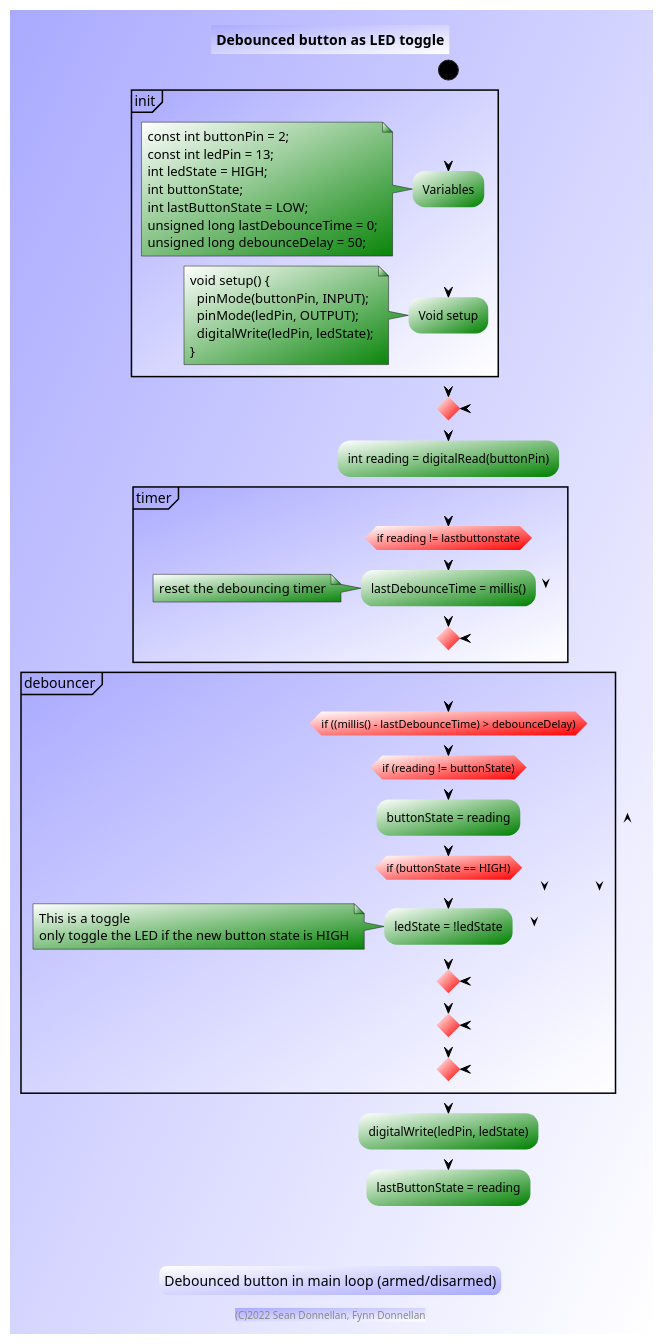
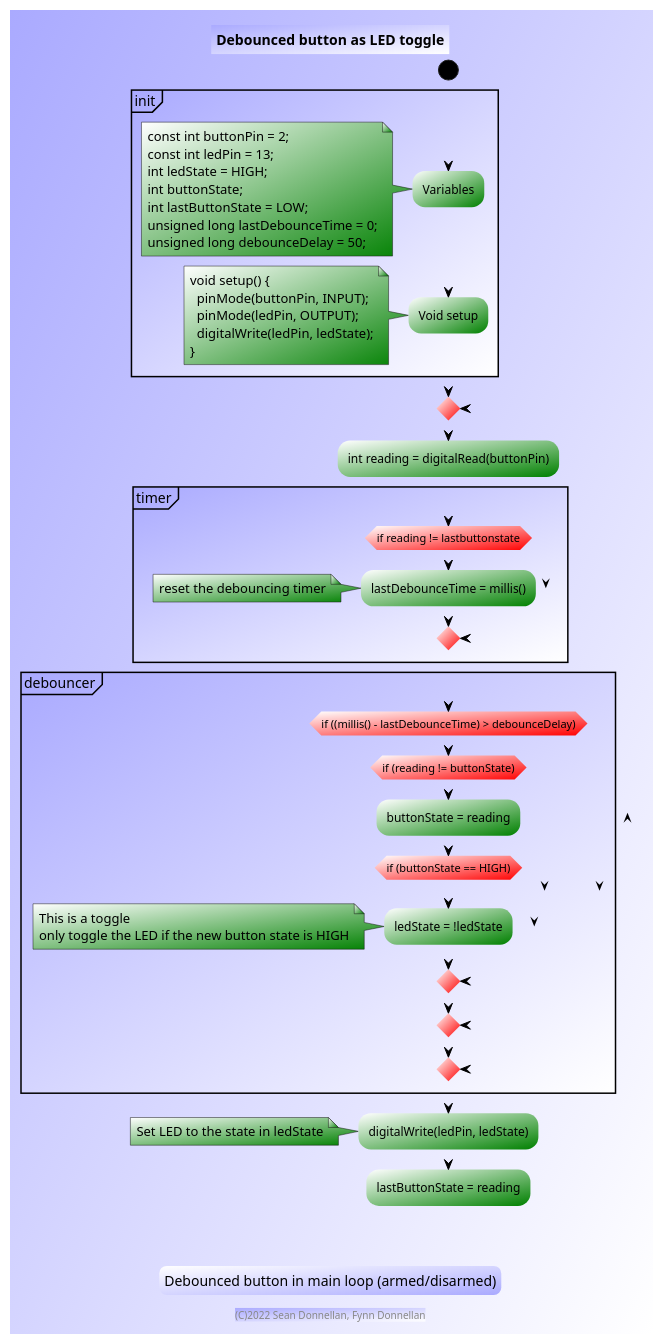
One commit to donnels/kerbal-control changed the diagram in images/debounce.plantuml. Above: the diagram before and after it, drawn with PlantUML.

Commit message:
added note

```diff
--- a/images/debounce.plantuml
+++ b/images/debounce.plantuml
@@ -1,78 +1,81 @@
 @startuml
 title Debounced button as LED toggle
 footer (C)2022 Sean Donnellan, Fynn Donnellan
 
 skinparam activity {
   StartColor black
   BarColor black/blue
   EndColor black
   BackgroundColor #fff/green
   DiamondBackgroundColor #fff/red
   BorderColor black
   BorderThickness 0
 }
 skinparam note {
   BackgroundColor #fff/green
 }
 skinparam ArrowColor black
 skinparam BackgroundColor #aaf/fff
 skinparam legendBackgroundColor #fff/aaf
 skinparam LegendBorderThickness 0
 skinparam PartitionBackgroundColor #aaf/fff
 
 start
   partition init {
     :Variables;
     note left
       const int buttonPin = 2;
       const int ledPin = 13;
       int ledState = HIGH;
       int buttonState;
       int lastButtonState = LOW;
       unsigned long lastDebounceTime = 0;
       unsigned long debounceDelay = 50;
     end note
     :Void setup;
     note left
       void setup() {
         pinMode(buttonPin, INPUT);
         pinMode(ledPin, OUTPUT);
         digitalWrite(ledPin, ledState);
       }
     end note
   }
 	repeat
 	  :int reading = digitalRead(buttonPin);
     partition timer {
       if (if reading != lastbuttonstate)
 	    :lastDebounceTime = millis();
       note left
         reset the debouncing timer
       end note
       endif
     }
     partition debouncer {
       if (if ((millis() - lastDebounceTime) > debounceDelay))
         if (if (reading != buttonState))
           :buttonState = reading;
           if (if (buttonState == HIGH))
             :ledState = !ledState;
             note left
               This is a toggle
               only toggle the LED if the new button state is HIGH
             end note
           endif
         endif
       endif
     }
     :digitalWrite(ledPin, ledState);
+    note left
+    	Set LED to the state in ledState
+    end note
     :lastButtonState = reading;
  
 
 legend
 Debounced button in main loop (armed/disarmed)
 end legend
 
 
 
 @enduml
```
